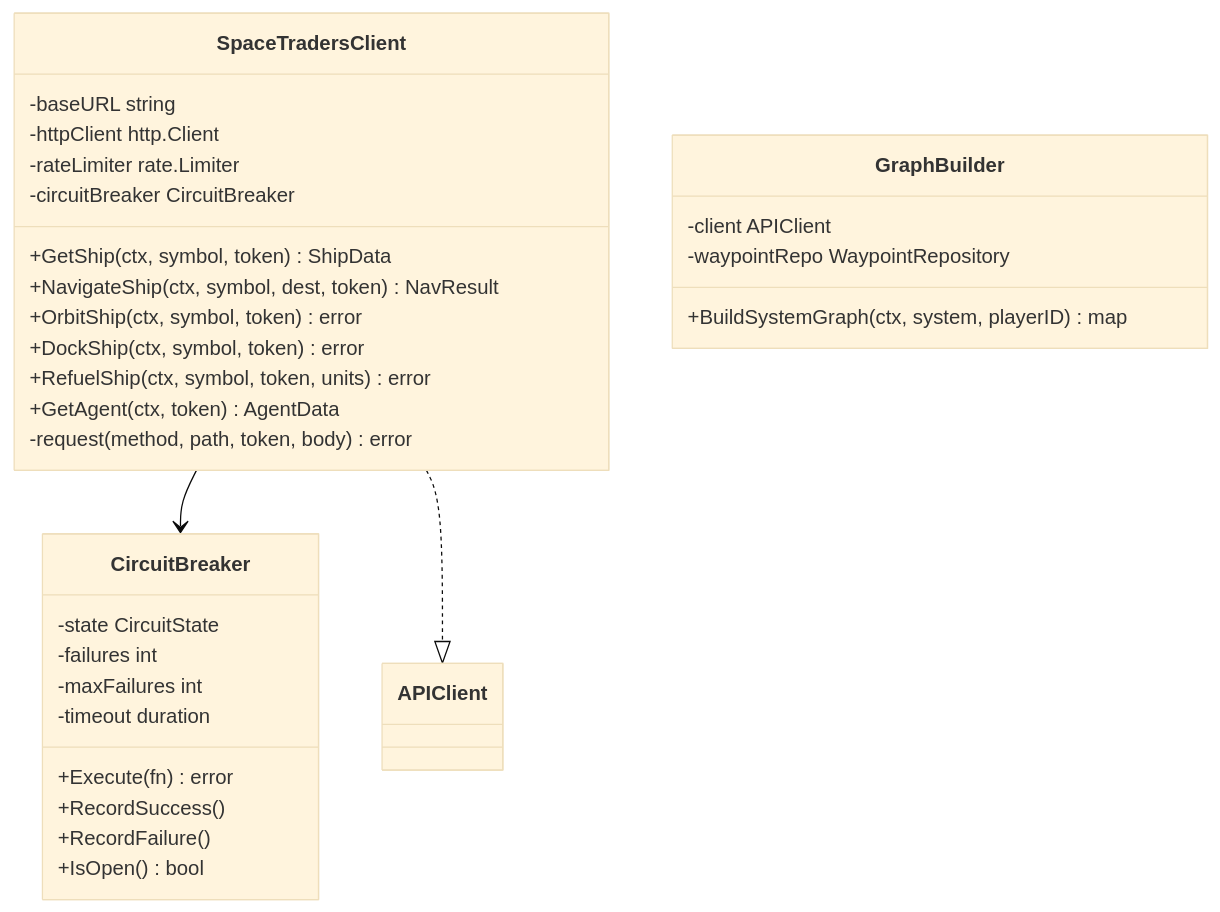
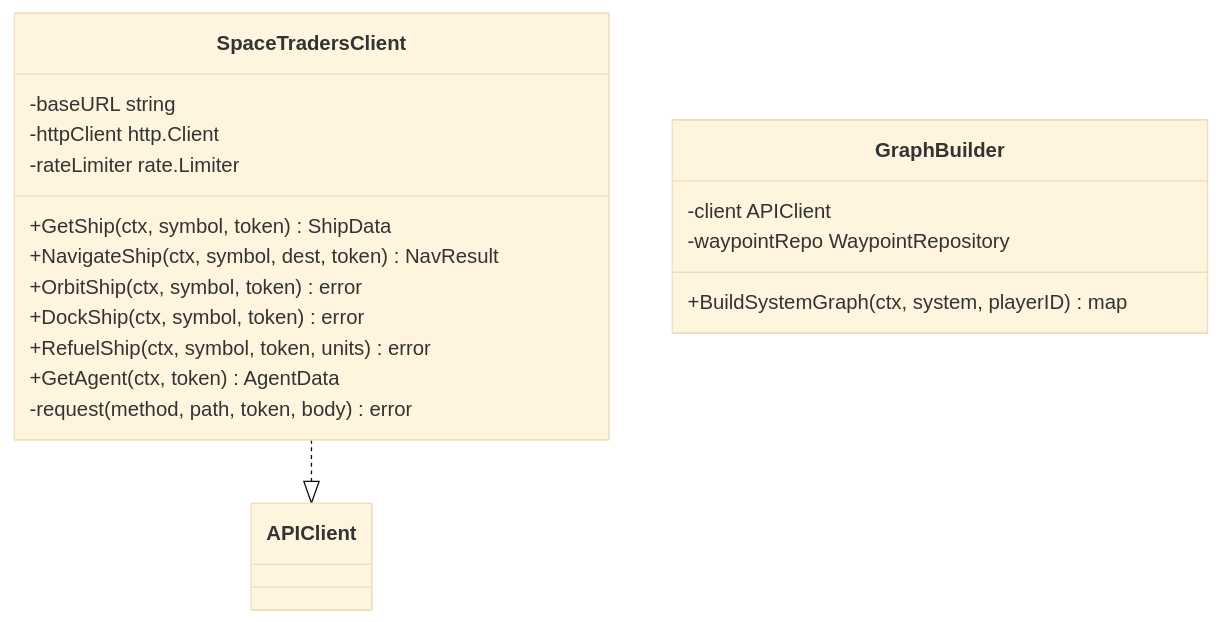
Diagram 12 of 23 in gobot/docs/ARCHITECTURE.md (acdtunes/spacetraders), drawn with Mermaid (base theme) before and after one commit. The commit also changed other lines of this file and 1 other file, not shown here.

Commit message:
remove: unused circuit breaker implementation
The circuit breaker was never integrated into SpaceTradersClient. The
client uses retry with exponential backoff and rate limiting instead.

Changes:
- Delete gobot/internal/adapters/api/circuit_breaker.go (unused)
- Update ARCHITECTURE.md to remove circuit breaker references
- Update performance description to reflect actual implementation

````diff
--- a/gobot/docs/ARCHITECTURE.md
+++ b/gobot/docs/ARCHITECTURE.md
@@ -555,36 +555,23 @@
 ```mermaid
 classDiagram
     class SpaceTradersClient {
         -baseURL string
         -httpClient http.Client
         -rateLimiter rate.Limiter
-        -circuitBreaker CircuitBreaker
         +GetShip(ctx, symbol, token) ShipData
         +NavigateShip(ctx, symbol, dest, token) NavResult
         +OrbitShip(ctx, symbol, token) error
         +DockShip(ctx, symbol, token) error
         +RefuelShip(ctx, symbol, token, units) error
         +GetAgent(ctx, token) AgentData
         -request(method, path, token, body) error
     }
 
-    class CircuitBreaker {
-        -state CircuitState
-        -failures int
-        -maxFailures int
-        -timeout duration
-        +Execute(fn) error
-        +RecordSuccess()
-        +RecordFailure()
-        +IsOpen() bool
-    }
-
     class GraphBuilder {
         -client APIClient
         -waypointRepo WaypointRepository
         +BuildSystemGraph(ctx, system, playerID) map
     }
 
-    SpaceTradersClient --> CircuitBreaker
     SpaceTradersClient ..|> APIClient
 ```
````
